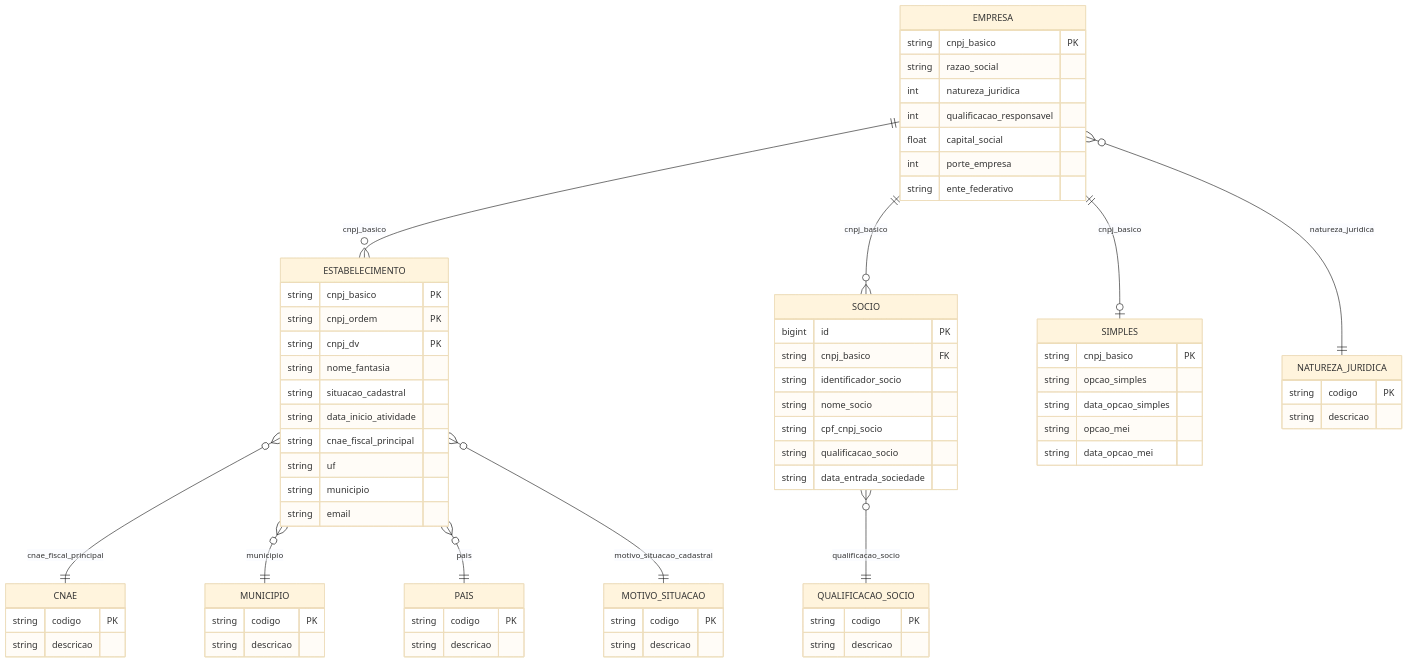
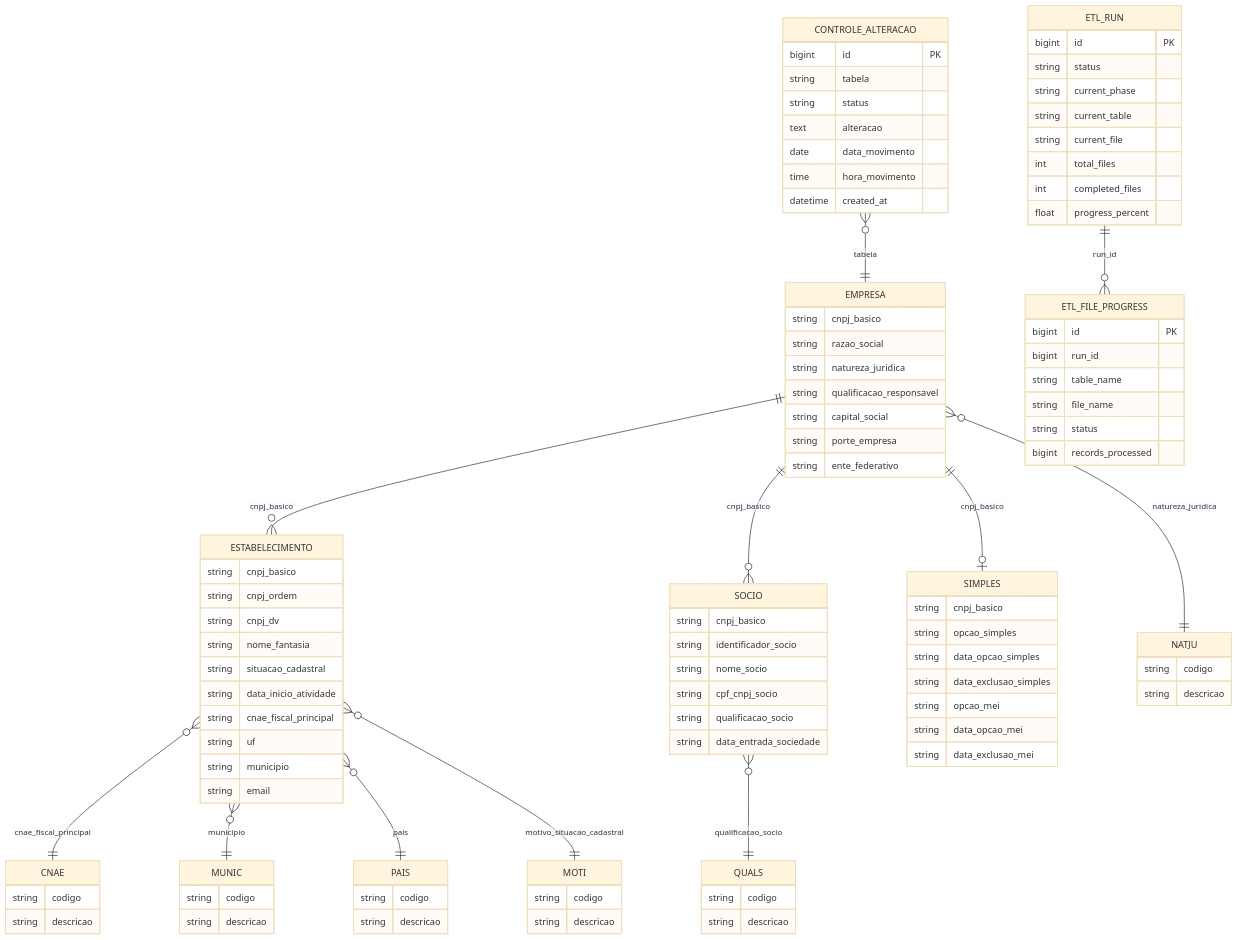
The diagram in docs/diagrams/erd.mmd (vrelme/DADOS_RFB), drawn with Mermaid (base theme) before and after one commit. The commit also changed 9 other files, not shown here.

Commit message:
docs: update v3 raw import architecture

```diff
--- a/docs/diagrams/erd.mmd
+++ b/docs/diagrams/erd.mmd
@@ -1,81 +1,114 @@
 erDiagram
     EMPRESA {
-        string cnpj_basico PK
+        string cnpj_basico
         string razao_social
-        int natureza_juridica
-        int qualificacao_responsavel
-        float capital_social
-        int porte_empresa
+        string natureza_juridica
+        string qualificacao_responsavel
+        string capital_social
+        string porte_empresa
         string ente_federativo
     }
 
     ESTABELECIMENTO {
-        string cnpj_basico PK
-        string cnpj_ordem PK
-        string cnpj_dv PK
+        string cnpj_basico
+        string cnpj_ordem
+        string cnpj_dv
         string nome_fantasia
         string situacao_cadastral
         string data_inicio_atividade
         string cnae_fiscal_principal
         string uf
         string municipio
         string email
     }
 
     SOCIO {
-        bigint id PK
-        string cnpj_basico FK
+        string cnpj_basico
         string identificador_socio
         string nome_socio
         string cpf_cnpj_socio
         string qualificacao_socio
         string data_entrada_sociedade
     }
 
     SIMPLES {
-        string cnpj_basico PK
+        string cnpj_basico
         string opcao_simples
         string data_opcao_simples
+        string data_exclusao_simples
         string opcao_mei
         string data_opcao_mei
+        string data_exclusao_mei
     }
 
     CNAE {
-        string codigo PK
+        string codigo
         string descricao
     }
 
-    MUNICIPIO {
-        string codigo PK
+    MOTI {
+        string codigo
+        string descricao
+    }
+
+    MUNIC {
+        string codigo
+        string descricao
+    }
+
+    NATJU {
+        string codigo
         string descricao
     }
 
     PAIS {
-        string codigo PK
+        string codigo
         string descricao
     }
 
-    NATUREZA_JURIDICA {
-        string codigo PK
+    QUALS {
+        string codigo
         string descricao
     }
 
-    QUALIFICACAO_SOCIO {
-        string codigo PK
-        string descricao
+    CONTROLE_ALTERACAO {
+        bigint id PK
+        string tabela
+        string status
+        text alteracao
+        date data_movimento
+        time hora_movimento
+        datetime created_at
     }
 
-    MOTIVO_SITUACAO {
-        string codigo PK
-        string descricao
+    ETL_RUN {
+        bigint id PK
+        string status
+        string current_phase
+        string current_table
+        string current_file
+        int total_files
+        int completed_files
+        float progress_percent
     }
 
-    EMPRESA ||--o{ ESTABELECIMENTO : "cnpj_basico"
-    EMPRESA ||--o{ SOCIO : "cnpj_basico"
-    EMPRESA ||--o| SIMPLES : "cnpj_basico"
-    ESTABELECIMENTO }o--|| CNAE : "cnae_fiscal_principal"
-    ESTABELECIMENTO }o--|| MUNICIPIO : "municipio"
-    ESTABELECIMENTO }o--|| PAIS : "pais"
-    EMPRESA }o--|| NATUREZA_JURIDICA : "natureza_juridica"
-    SOCIO }o--|| QUALIFICACAO_SOCIO : "qualificacao_socio"
-    ESTABELECIMENTO }o--|| MOTIVO_SITUACAO : "motivo_situacao_cadastral"
+    ETL_FILE_PROGRESS {
+        bigint id PK
+        bigint run_id
+        string table_name
+        string file_name
+        string status
+        bigint records_processed
+    }
+
+    EMPRESA ||--o{ ESTABELECIMENTO : cnpj_basico
+    EMPRESA ||--o{ SOCIO : cnpj_basico
+    EMPRESA ||--o| SIMPLES : cnpj_basico
+    ESTABELECIMENTO }o--|| CNAE : cnae_fiscal_principal
+    ESTABELECIMENTO }o--|| MUNIC : municipio
+    ESTABELECIMENTO }o--|| PAIS : pais
+    EMPRESA }o--|| NATJU : natureza_juridica
+    SOCIO }o--|| QUALS : qualificacao_socio
+    ESTABELECIMENTO }o--|| MOTI : motivo_situacao_cadastral
+    ETL_RUN ||--o{ ETL_FILE_PROGRESS : run_id
+    CONTROLE_ALTERACAO }o--|| EMPRESA : tabela
```
